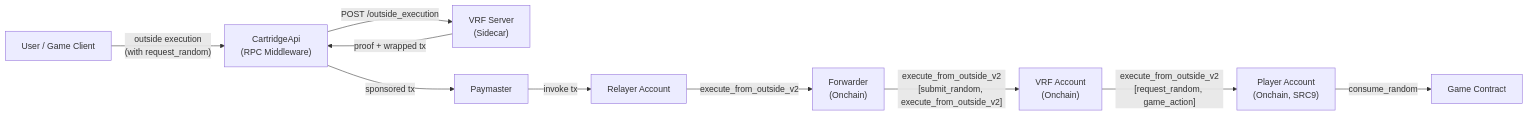
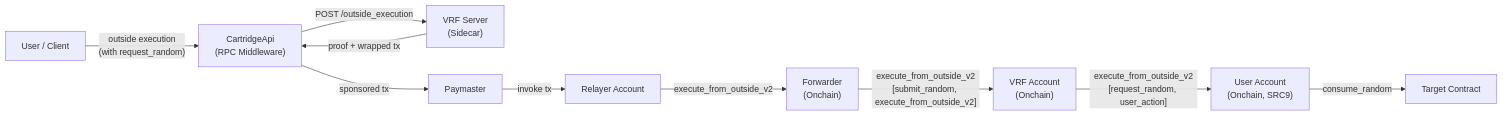
One commit to dojoengine/katana changed the first of 2 diagrams in docs/vrf.md. Above: the diagram before and after it, drawn with Mermaid. The commit also changed other lines of this file and 13 other files, not shown here.

````diff
--- a/docs/vrf.md
+++ b/docs/vrf.md
@@ -34,22 +34,22 @@
 ```mermaid
 flowchart LR
-    User["User / Game Client"]
+    User["User / Client"]
     RPC["CartridgeApi\n(RPC Middleware)"]
     VRF["VRF Server\n(Sidecar)"]
     PM["Paymaster"]
     Relayer["Relayer Account"]
     Forwarder["Forwarder\n(Onchain)"]
     VrfAcct["VRF Account\n(Onchain)"]
-    PlayerAcct["Player Account\n(Onchain, SRC9)"]
-    Game["Game Contract"]
+    UserAcct["User Account\n(Onchain, SRC9)"]
+    Target["Target Contract"]
 
     User -->|"outside execution\n(with request_random)"| RPC
     RPC -->|"POST /outside_execution"| VRF
     VRF -->|"proof + wrapped tx"| RPC
     RPC -->|"sponsored tx"| PM
     PM -->|"invoke tx"| Relayer
     Relayer -->|"execute_from_outside_v2"| Forwarder
     Forwarder -->|"execute_from_outside_v2\n[submit_random, execute_from_outside_v2]"| VrfAcct
-    VrfAcct -->|"execute_from_outside_v2\n[request_random, game_action]"| PlayerAcct
-    PlayerAcct -->|"consume_random"| Game
+    VrfAcct -->|"execute_from_outside_v2\n[request_random, user_action]"| UserAcct
+    UserAcct -->|"consume_random"| Target
 ```
````
